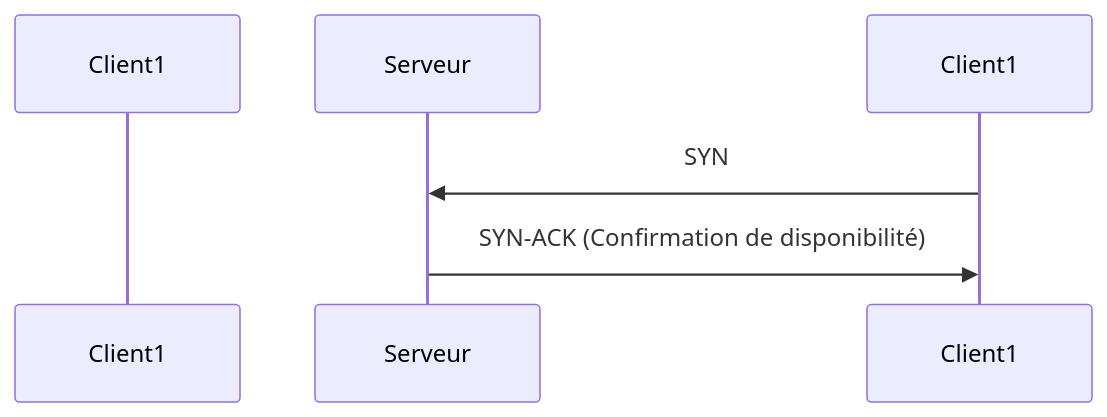
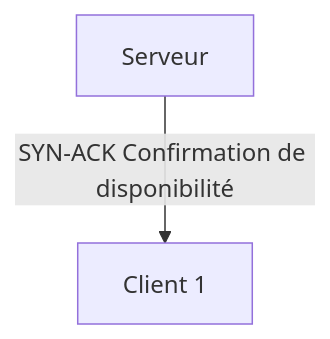
One commit to Jab-Omar/DigitalcityNotes changed the seventh of 21 diagrams in content/Netacad/Couche de Transport.md. Above: the diagram before and after it, drawn with Mermaid. The commit also changed other lines of this file and 1 other file, not shown here.

````diff
--- a/content/Netacad/Couche de Transport.md
+++ b/content/Netacad/Couche de Transport.md
@@ -371,8 +362,4 @@
 ```mermaid
-sequenceDiagram;
-    participant Client as Client1
-    participant Serveur as Serveur
-
-    Client1->>Serveur: SYN
-    Serveur->>Client1: SYN-ACK (Confirmation de disponibilité)
+flowchart TD
+    A[Serveur] -->|SYN-ACK Confirmation de disponibilité| B[Client 1]
 ```
````
